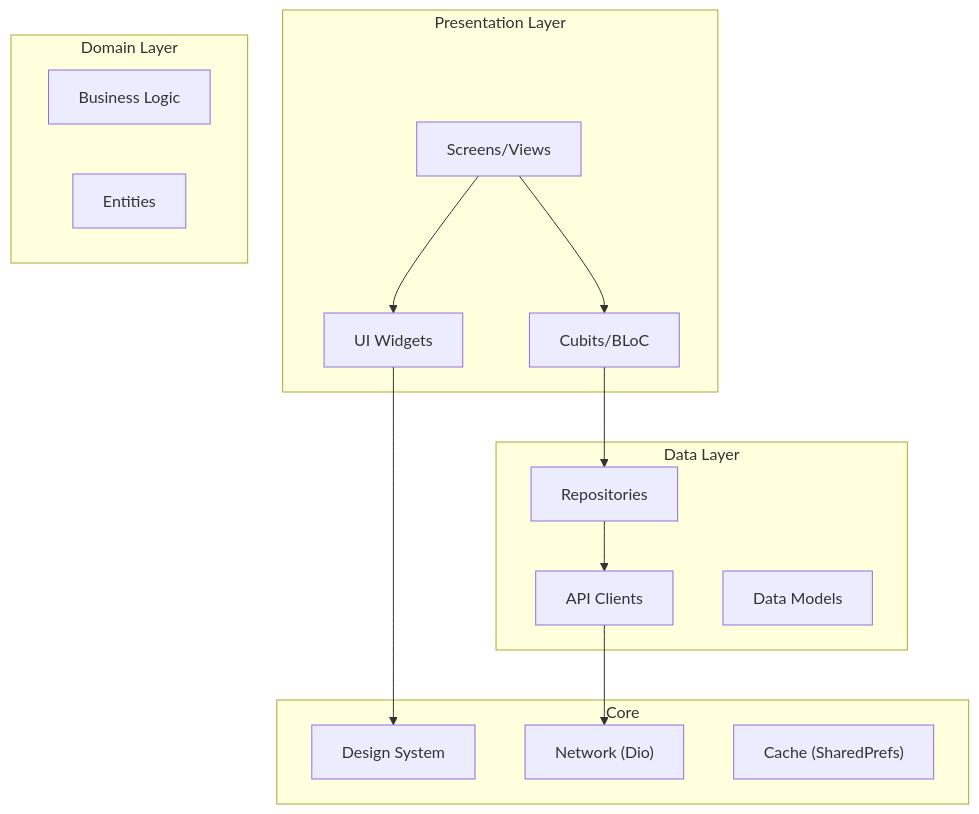
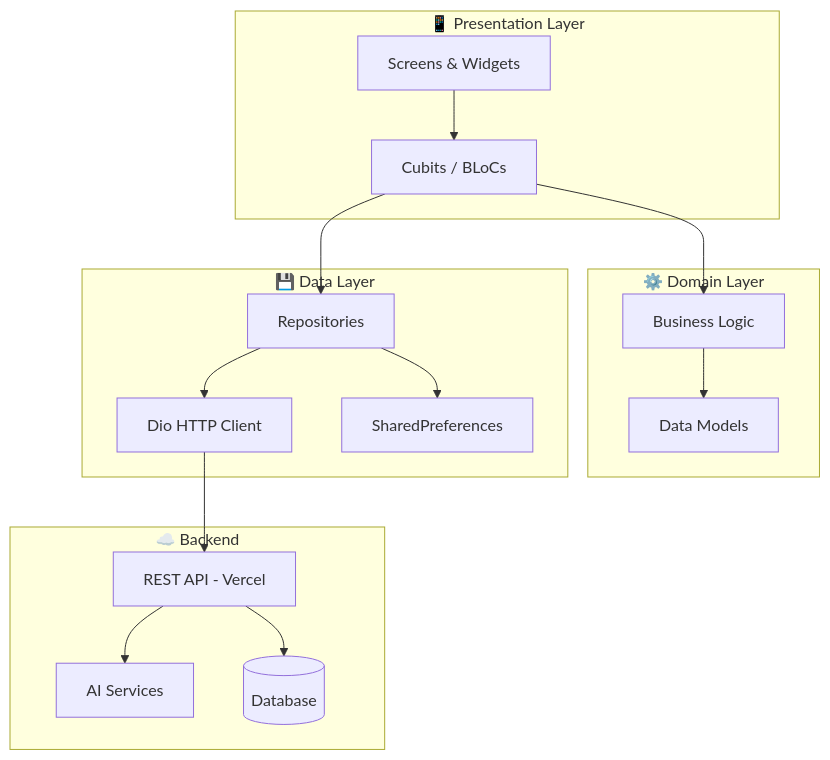
The first of 3 diagrams in README.md (AHMED9937/ASD-SmartCare-Graduation-Project), drawn with Mermaid before and after one commit. The commit also changed other lines of this file and 5 other files, not shown here.

Commit message:
docs: MLH documentation overhaul with TESTING.md, API_REFERENCE.md, ERD diagrams, and CI badges

````diff
--- a/README.md
+++ b/README.md
@@ -75,33 +109,34 @@
 ```mermaid
 graph TB
-    subgraph Presentation["Presentation Layer"]
-        Screens["Screens/Views"]
-        Cubits["Cubits/BLoC"]
-        Widgets["UI Widgets"]
+    subgraph Presentation["📱 Presentation Layer"]
+        UI[Screens & Widgets]
+        Cubit[Cubits / BLoCs]
     end
-    
-    subgraph Domain["Domain Layer"]
-        UseCases["Business Logic"]
-        Entities["Entities"]
+
+    subgraph Domain["⚙️ Domain Layer"]
+        Models[Data Models]
+        Logic[Business Logic]
     end
-    
-    subgraph Data["Data Layer"]
-        Repos["Repositories"]
-        DataSources["API Clients"]
-        Models["Data Models"]
+
+    subgraph Data["💾 Data Layer"]
+        Repo[Repositories]
+        API[Dio HTTP Client]
+        Cache[SharedPreferences]
     end
-    
-    subgraph Core["Core"]
-        DesignSystem["Design System"]
-        Network["Network (Dio)"]
-        Cache["Cache (SharedPrefs)"]
+
+    subgraph Backend["☁️ Backend"]
+        REST[REST API - Vercel]
+        AI[AI Services]
+        DB[(Database)]
     end
-    
-    Screens --> Cubits
-    Cubits --> Repos
-    Repos --> DataSources
-    DataSources --> Network
-    
-    Widgets --> DesignSystem
-    Screens --> Widgets
+
+    UI --> Cubit
+    Cubit --> Logic
+    Logic --> Models
+    Cubit --> Repo
+    Repo --> API
+    Repo --> Cache
+    API --> REST
+    REST --> AI
+    REST --> DB
 ```
````
